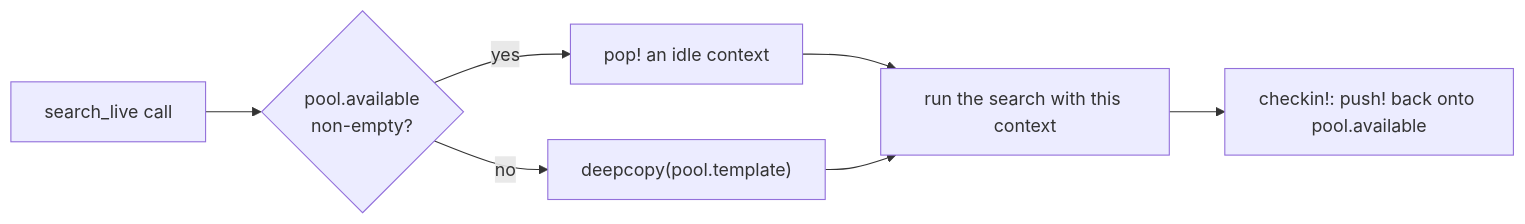
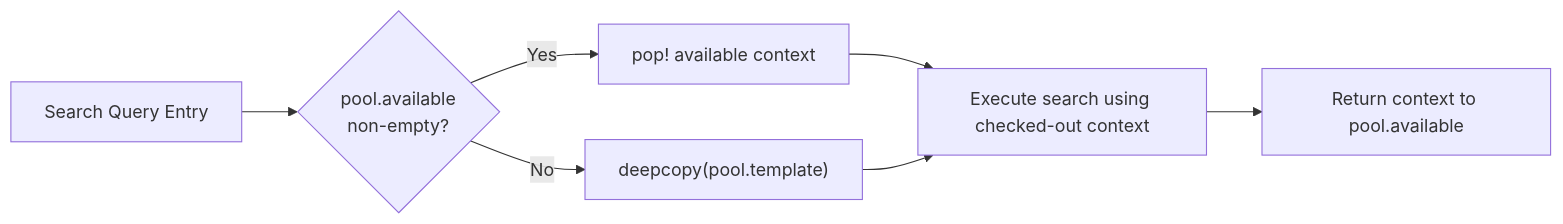
The fourth of 7 diagrams in manual/architecture.qmd (sadit/SimilaritySearchEngine.jl), drawn with Mermaid before and after one commit. The commit also changed other lines of this file and 9 other files, not shown here.

````diff
--- a/manual/architecture.qmd
+++ b/manual/architecture.qmd
@@ -312,9 +201,9 @@
 ```{mermaid}
 flowchart LR
-    A["search_live call"] --> B{"pool.available<br/>non-empty?"}
-    B -- yes --> C["pop! an idle context"]
-    B -- no --> D["deepcopy(pool.template)"]
-    C --> E["run the search with this context"]
+    A["Search Query Entry"] --> B{"pool.available<br/>non-empty?"}
+    B -- Yes --> C["pop! available context"]
+    B -- No --> D["deepcopy(pool.template)"]
+    C --> E["Execute search using checked-out context"]
     D --> E
-    E --> F["checkin!: push! back onto pool.available"]
+    E --> F["Return context to pool.available"]
 ```
````
